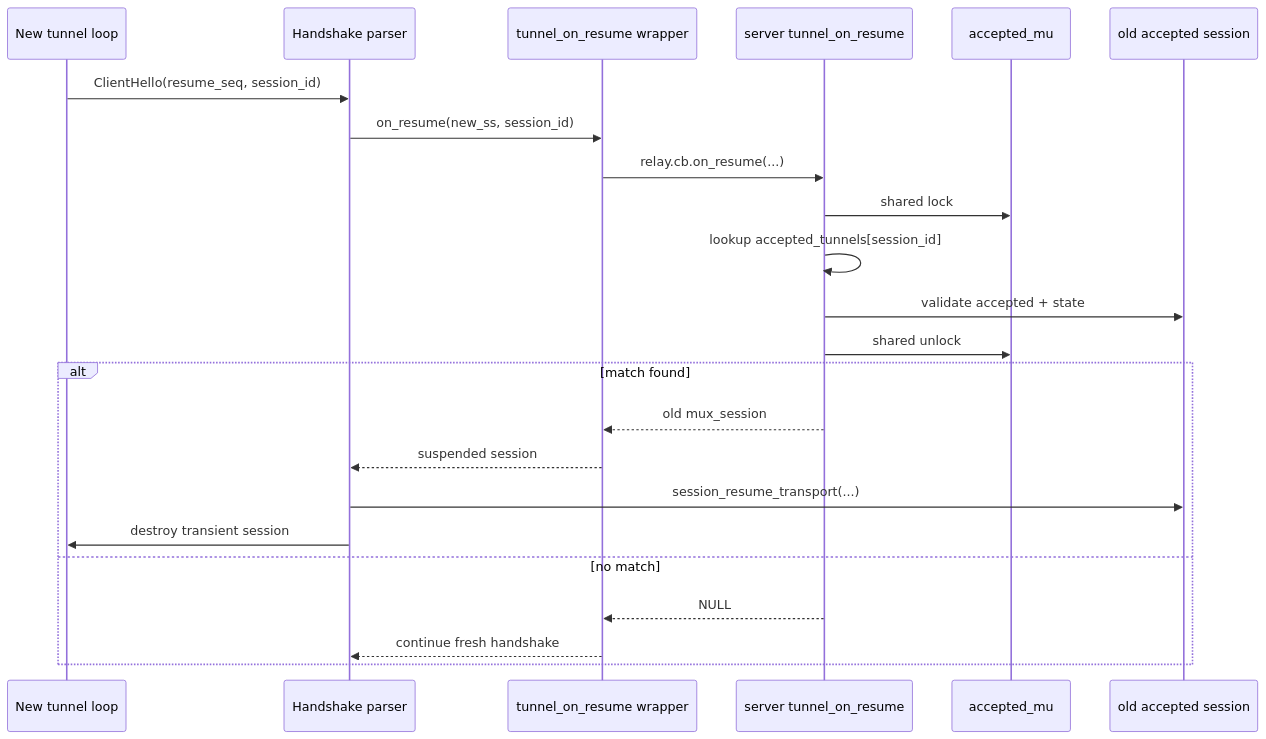
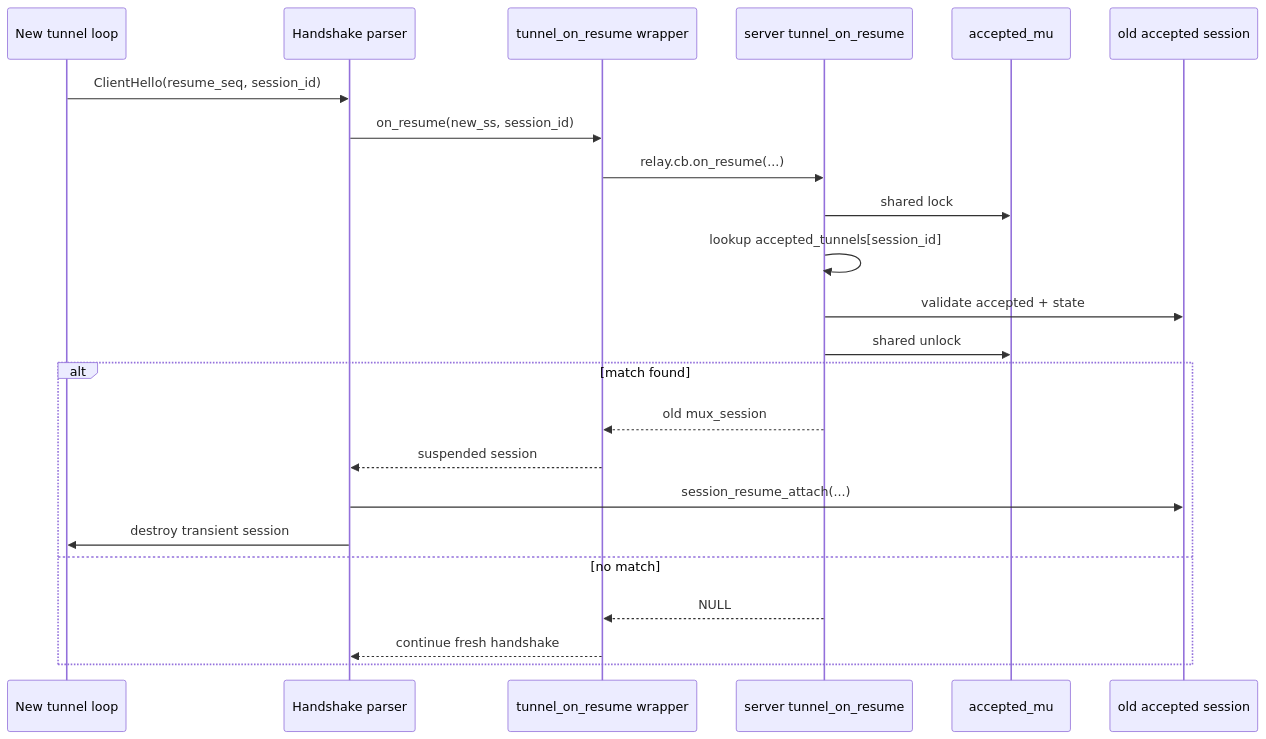
One commit to hexian000/multiplexd changed diagram 17 of 19 in doc/impl.md. Above: the diagram before and after it, drawn with Mermaid. The commit also changed other lines of this file and 152 other files, not shown here.

````diff
--- a/doc/impl.md
+++ b/doc/impl.md
@@ -1142,26 +1175,26 @@
 ```mermaid
 sequenceDiagram
   participant N as New tunnel loop
     participant H as Handshake parser
     participant TW as tunnel_on_resume wrapper
     participant S as server tunnel_on_resume
     participant MU as accepted_mu
     participant O as old accepted session
 
     N->>H: ClientHello(resume_seq, session_id)
     H->>TW: on_resume(new_ss, session_id)
     TW->>S: relay.cb.on_resume(...)
     S->>MU: shared lock
     S->>S: lookup accepted_tunnels[session_id]
     S->>O: validate accepted + state
     S->>MU: shared unlock
     alt match found
         S-->>TW: old mux_session
         TW-->>H: suspended session
-        H->>O: session_resume_transport(...)
+        H->>O: session_resume_attach(...)
         H->>N: destroy transient session
     else no match
         S-->>TW: NULL
         TW-->>H: continue fresh handshake
     end
 ```
````
